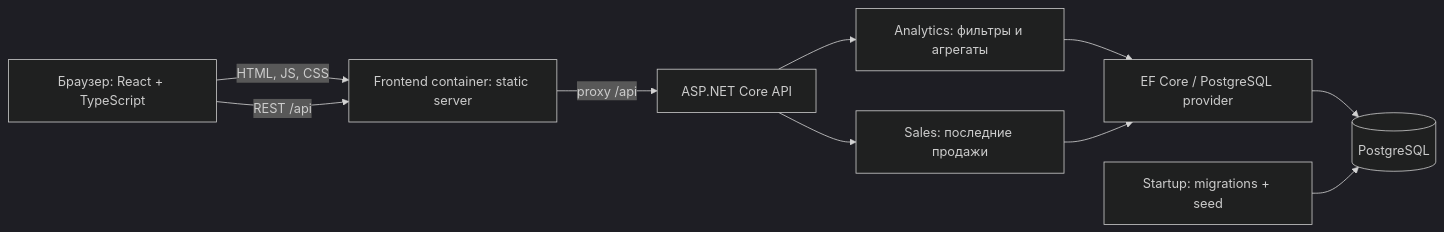
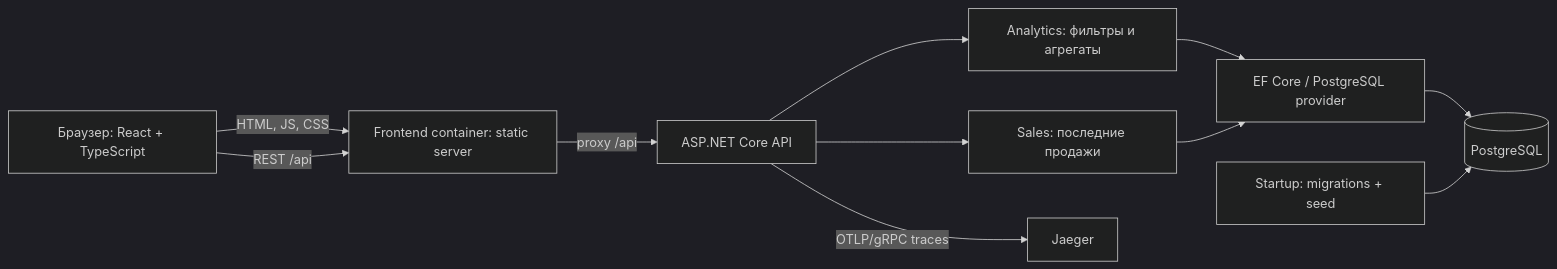
The first of 2 diagrams in docs/architecture.md (LexTalionis88/SalesDashboard), drawn with Mermaid (dark theme) before and after one commit. The commit also changed other lines of this file and 18 other files, not shown here.

````diff
--- a/docs/architecture.md
+++ b/docs/architecture.md
@@ -9,12 +9,13 @@
 ```mermaid
 flowchart LR
     User[Браузер: React + TypeScript] -->|HTML, JS, CSS| Web[Frontend container: static server]
     User -->|REST /api| Web
     Web -->|proxy /api| Api[ASP.NET Core API]
     Api --> Analytics[Analytics: фильтры и агрегаты]
     Api --> Sales[Sales: последние продажи]
     Analytics --> EF[EF Core / PostgreSQL provider]
     Sales --> EF
     EF --> DB[(PostgreSQL)]
     Startup[Startup: migrations + seed] --> DB
+    Api -->|OTLP/gRPC traces| Jaeger[Jaeger]
 ```
````
